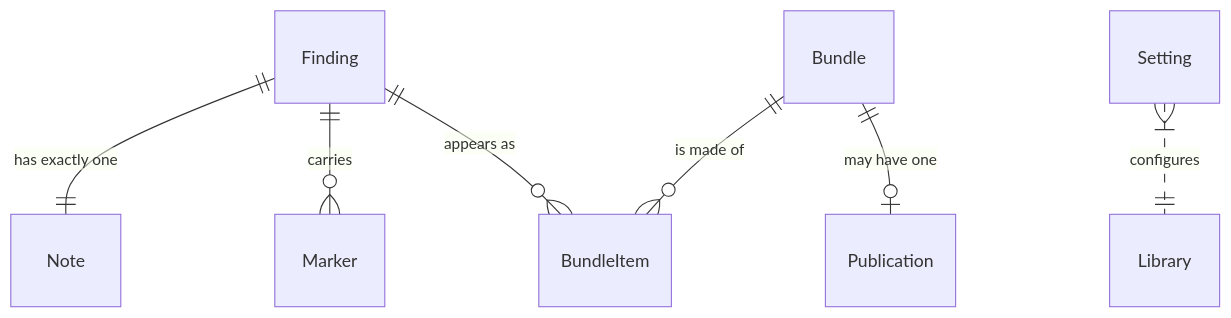
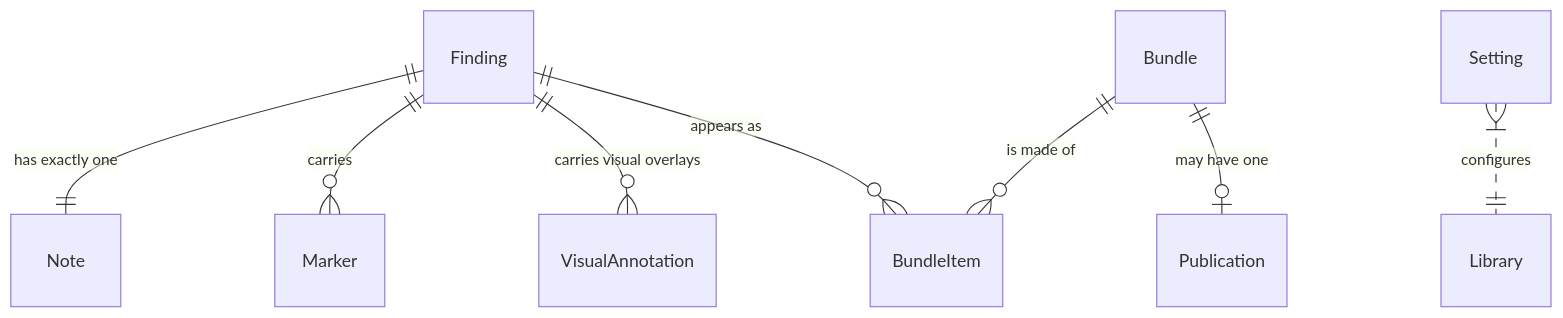
The second of 2 diagrams in .how/_platform/ARCHITECTURE-SPINE.md (wiradigitalid/snapdown), drawn with Mermaid before and after one commit. The commit also changed 20 other files, not shown here.

````diff
--- a/.how/_platform/ARCHITECTURE-SPINE.md
+++ b/.how/_platform/ARCHITECTURE-SPINE.md
@@ -230,9 +230,10 @@
 ```mermaid
 erDiagram
     Finding ||--|| Note : "has exactly one"
     Finding ||--o{ Marker : "carries"
+    Finding ||--o{ VisualAnnotation : "carries visual overlays"
     Finding ||--o{ BundleItem : "appears as"
     Bundle  ||--o{ BundleItem : "is made of"
     Bundle  ||--o| Publication : "may have one"
     Setting }|..|| Library : "configures"
 ```
````
